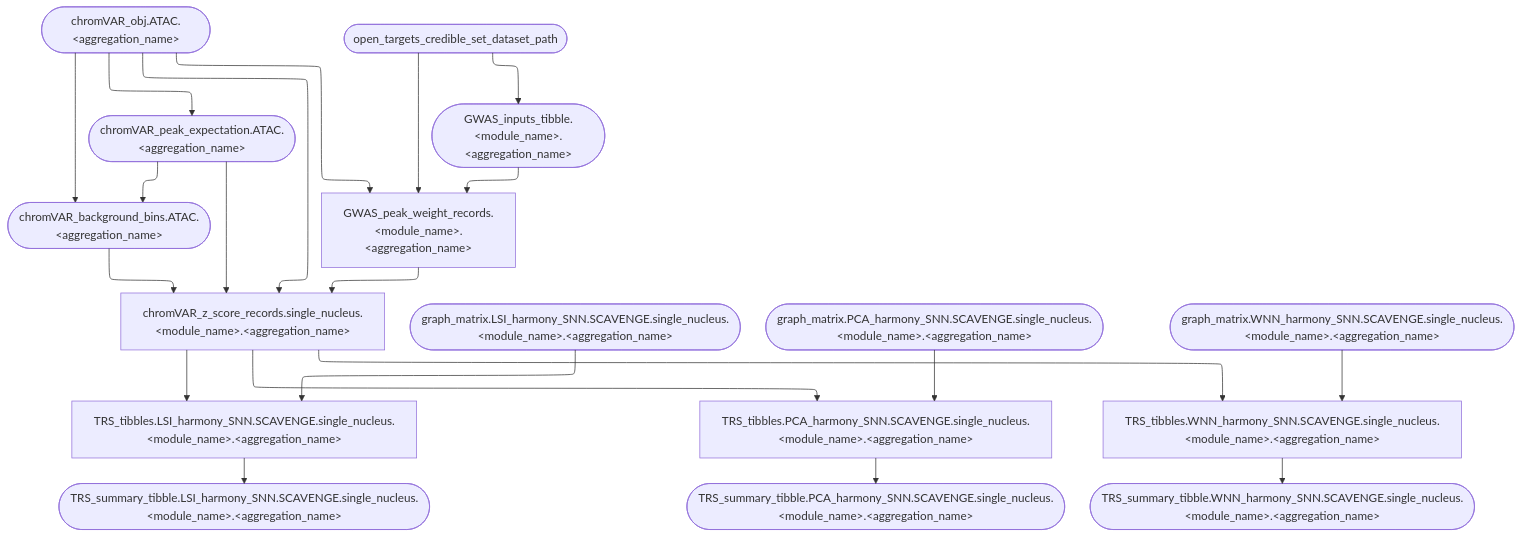
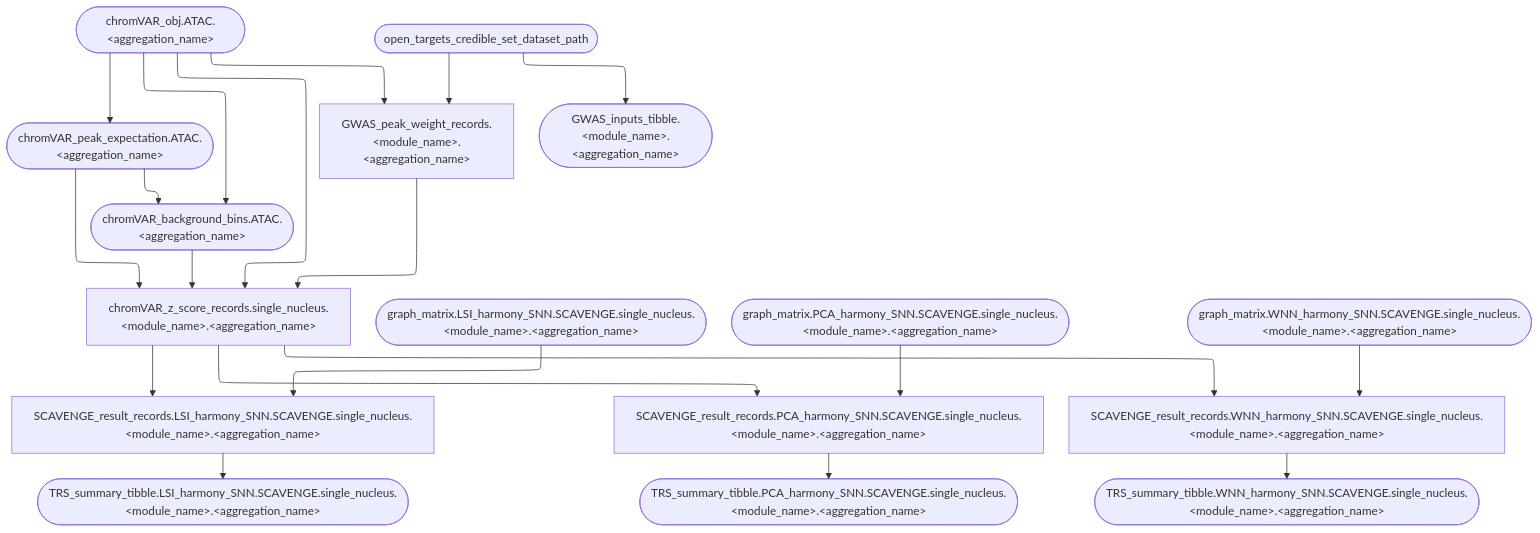
One commit to koefoeden/multiomeR changed the diagram in website/figures/human_curated/genetic_enrichment_single_nucleus_v2.mmd. Above: the diagram before and after it, drawn with Mermaid. The commit also changed 105 other files, not shown here.

```diff
--- a/website/figures/human_curated/genetic_enrichment_single_nucleus_v2.mmd
+++ b/website/figures/human_curated/genetic_enrichment_single_nucleus_v2.mmd
@@ -1,22 +1,21 @@
 %%{init: {'flowchart': {'defaultRenderer': 'elk'}}}%%
 flowchart TB
-  chromVAR_obj.ATAC.brain_mouse(["chromVAR_obj.ATAC.&lt;aggregation_name&gt;"]):::none --> chromVAR_background_bins.ATAC.brain_mouse(["chromVAR_background_bins.ATAC.&lt;aggregation_name&gt;"]):::none
-  chromVAR_peak_expectation.ATAC.brain_mouse(["chromVAR_peak_expectation.ATAC.&lt;aggregation_name&gt;"]):::none --> chromVAR_background_bins.ATAC.brain_mouse(["chromVAR_background_bins.ATAC.&lt;aggregation_name&gt;"]):::none
-  chromVAR_obj.ATAC.brain_mouse(["chromVAR_obj.ATAC.&lt;aggregation_name&gt;"]):::none --> chromVAR_peak_expectation.ATAC.brain_mouse(["chromVAR_peak_expectation.ATAC.&lt;aggregation_name&gt;"]):::none
+  chromVAR_peak_expectation.ATAC.immune_human_2x(["chromVAR_peak_expectation.ATAC.&lt;aggregation_name&gt;"]):::none --> chromVAR_background_bins.ATAC.immune_human_2x(["chromVAR_background_bins.ATAC.&lt;aggregation_name&gt;"]):::none
+  chromVAR_obj.ATAC.immune_human_2x(["chromVAR_obj.ATAC.&lt;aggregation_name&gt;"]):::none --> chromVAR_background_bins.ATAC.immune_human_2x(["chromVAR_background_bins.ATAC.&lt;aggregation_name&gt;"]):::none
+  chromVAR_obj.ATAC.immune_human_2x(["chromVAR_obj.ATAC.&lt;aggregation_name&gt;"]):::none --> chromVAR_peak_expectation.ATAC.immune_human_2x(["chromVAR_peak_expectation.ATAC.&lt;aggregation_name&gt;"]):::none
+  chromVAR_z_score_records.single_nucleus.genetic_enrichment.immune_human_2x["chromVAR_z_score_records.single_nucleus.&lt;module_name&gt;.&lt;aggregation_name&gt;"]:::none --> SCAVENGE_result_records.LSI_harmony_SNN.SCAVENGE.single_nucleus.genetic_enrichment.immune_human_2x["SCAVENGE_result_records.LSI_harmony_SNN.SCAVENGE.single_nucleus.&lt;module_name&gt;.&lt;aggregation_name&gt;"]:::none
+  graph_matrix.LSI_harmony_SNN.SCAVENGE.single_nucleus.genetic_enrichment.immune_human_2x(["graph_matrix.LSI_harmony_SNN.SCAVENGE.single_nucleus.&lt;module_name&gt;.&lt;aggregation_name&gt;"]):::none --> SCAVENGE_result_records.LSI_harmony_SNN.SCAVENGE.single_nucleus.genetic_enrichment.immune_human_2x["SCAVENGE_result_records.LSI_harmony_SNN.SCAVENGE.single_nucleus.&lt;module_name&gt;.&lt;aggregation_name&gt;"]:::none
+  graph_matrix.PCA_harmony_SNN.SCAVENGE.single_nucleus.genetic_enrichment.immune_human_2x(["graph_matrix.PCA_harmony_SNN.SCAVENGE.single_nucleus.&lt;module_name&gt;.&lt;aggregation_name&gt;"]):::none --> SCAVENGE_result_records.PCA_harmony_SNN.SCAVENGE.single_nucleus.genetic_enrichment.immune_human_2x["SCAVENGE_result_records.PCA_harmony_SNN.SCAVENGE.single_nucleus.&lt;module_name&gt;.&lt;aggregation_name&gt;"]:::none
+  chromVAR_z_score_records.single_nucleus.genetic_enrichment.immune_human_2x["chromVAR_z_score_records.single_nucleus.&lt;module_name&gt;.&lt;aggregation_name&gt;"]:::none --> SCAVENGE_result_records.PCA_harmony_SNN.SCAVENGE.single_nucleus.genetic_enrichment.immune_human_2x["SCAVENGE_result_records.PCA_harmony_SNN.SCAVENGE.single_nucleus.&lt;module_name&gt;.&lt;aggregation_name&gt;"]:::none
+  chromVAR_z_score_records.single_nucleus.genetic_enrichment.immune_human_2x["chromVAR_z_score_records.single_nucleus.&lt;module_name&gt;.&lt;aggregation_name&gt;"]:::none --> SCAVENGE_result_records.WNN_harmony_SNN.SCAVENGE.single_nucleus.genetic_enrichment.immune_human_2x["SCAVENGE_result_records.WNN_harmony_SNN.SCAVENGE.single_nucleus.&lt;module_name&gt;.&lt;aggregation_name&gt;"]:::none
+  graph_matrix.WNN_harmony_SNN.SCAVENGE.single_nucleus.genetic_enrichment.immune_human_2x(["graph_matrix.WNN_harmony_SNN.SCAVENGE.single_nucleus.&lt;module_name&gt;.&lt;aggregation_name&gt;"]):::none --> SCAVENGE_result_records.WNN_harmony_SNN.SCAVENGE.single_nucleus.genetic_enrichment.immune_human_2x["SCAVENGE_result_records.WNN_harmony_SNN.SCAVENGE.single_nucleus.&lt;module_name&gt;.&lt;aggregation_name&gt;"]:::none
+  chromVAR_obj.ATAC.immune_human_2x(["chromVAR_obj.ATAC.&lt;aggregation_name&gt;"]):::none --> chromVAR_z_score_records.single_nucleus.genetic_enrichment.immune_human_2x["chromVAR_z_score_records.single_nucleus.&lt;module_name&gt;.&lt;aggregation_name&gt;"]:::none
+  chromVAR_background_bins.ATAC.immune_human_2x(["chromVAR_background_bins.ATAC.&lt;aggregation_name&gt;"]):::none --> chromVAR_z_score_records.single_nucleus.genetic_enrichment.immune_human_2x["chromVAR_z_score_records.single_nucleus.&lt;module_name&gt;.&lt;aggregation_name&gt;"]:::none
+  chromVAR_peak_expectation.ATAC.immune_human_2x(["chromVAR_peak_expectation.ATAC.&lt;aggregation_name&gt;"]):::none --> chromVAR_z_score_records.single_nucleus.genetic_enrichment.immune_human_2x["chromVAR_z_score_records.single_nucleus.&lt;module_name&gt;.&lt;aggregation_name&gt;"]:::none
+  GWAS_peak_weight_records.genetic_enrichment.immune_human_2x["GWAS_peak_weight_records.&lt;module_name&gt;.&lt;aggregation_name&gt;"]:::none --> chromVAR_z_score_records.single_nucleus.genetic_enrichment.immune_human_2x["chromVAR_z_score_records.single_nucleus.&lt;module_name&gt;.&lt;aggregation_name&gt;"]:::none
+  chromVAR_obj.ATAC.immune_human_2x(["chromVAR_obj.ATAC.&lt;aggregation_name&gt;"]):::none --> GWAS_peak_weight_records.genetic_enrichment.immune_human_2x["GWAS_peak_weight_records.&lt;module_name&gt;.&lt;aggregation_name&gt;"]:::none
   open_targets_credible_set_dataset_path(["open_targets_credible_set_dataset_path"]):::none --> GWAS_inputs_tibble.genetic_enrichment.immune_human_2x(["GWAS_inputs_tibble.&lt;module_name&gt;.&lt;aggregation_name&gt;"]):::none
-  chromVAR_z_score_records.single_nucleus.genetic_enrichment.immune_human_2x["chromVAR_z_score_records.single_nucleus.&lt;module_name&gt;.&lt;aggregation_name&gt;"]:::none --> TRS_tibbles.LSI_harmony_SNN.SCAVENGE.single_nucleus.genetic_enrichment.immune_human_2x["TRS_tibbles.LSI_harmony_SNN.SCAVENGE.single_nucleus.&lt;module_name&gt;.&lt;aggregation_name&gt;"]:::none
-  graph_matrix.LSI_harmony_SNN.SCAVENGE.single_nucleus.genetic_enrichment.immune_human_2x(["graph_matrix.LSI_harmony_SNN.SCAVENGE.single_nucleus.&lt;module_name&gt;.&lt;aggregation_name&gt;"]):::none --> TRS_tibbles.LSI_harmony_SNN.SCAVENGE.single_nucleus.genetic_enrichment.immune_human_2x["TRS_tibbles.LSI_harmony_SNN.SCAVENGE.single_nucleus.&lt;module_name&gt;.&lt;aggregation_name&gt;"]:::none
-  chromVAR_z_score_records.single_nucleus.genetic_enrichment.immune_human_2x["chromVAR_z_score_records.single_nucleus.&lt;module_name&gt;.&lt;aggregation_name&gt;"]:::none --> TRS_tibbles.PCA_harmony_SNN.SCAVENGE.single_nucleus.genetic_enrichment.immune_human_2x["TRS_tibbles.PCA_harmony_SNN.SCAVENGE.single_nucleus.&lt;module_name&gt;.&lt;aggregation_name&gt;"]:::none
-  graph_matrix.PCA_harmony_SNN.SCAVENGE.single_nucleus.genetic_enrichment.immune_human_2x(["graph_matrix.PCA_harmony_SNN.SCAVENGE.single_nucleus.&lt;module_name&gt;.&lt;aggregation_name&gt;"]):::none --> TRS_tibbles.PCA_harmony_SNN.SCAVENGE.single_nucleus.genetic_enrichment.immune_human_2x["TRS_tibbles.PCA_harmony_SNN.SCAVENGE.single_nucleus.&lt;module_name&gt;.&lt;aggregation_name&gt;"]:::none
-  chromVAR_z_score_records.single_nucleus.genetic_enrichment.immune_human_2x["chromVAR_z_score_records.single_nucleus.&lt;module_name&gt;.&lt;aggregation_name&gt;"]:::none --> TRS_tibbles.WNN_harmony_SNN.SCAVENGE.single_nucleus.genetic_enrichment.immune_human_2x["TRS_tibbles.WNN_harmony_SNN.SCAVENGE.single_nucleus.&lt;module_name&gt;.&lt;aggregation_name&gt;"]:::none
-  graph_matrix.WNN_harmony_SNN.SCAVENGE.single_nucleus.genetic_enrichment.immune_human_2x(["graph_matrix.WNN_harmony_SNN.SCAVENGE.single_nucleus.&lt;module_name&gt;.&lt;aggregation_name&gt;"]):::none --> TRS_tibbles.WNN_harmony_SNN.SCAVENGE.single_nucleus.genetic_enrichment.immune_human_2x["TRS_tibbles.WNN_harmony_SNN.SCAVENGE.single_nucleus.&lt;module_name&gt;.&lt;aggregation_name&gt;"]:::none
-  chromVAR_obj.ATAC.brain_mouse(["chromVAR_obj.ATAC.&lt;aggregation_name&gt;"]):::none --> chromVAR_z_score_records.single_nucleus.genetic_enrichment.immune_human_2x["chromVAR_z_score_records.single_nucleus.&lt;module_name&gt;.&lt;aggregation_name&gt;"]:::none
-  chromVAR_peak_expectation.ATAC.brain_mouse(["chromVAR_peak_expectation.ATAC.&lt;aggregation_name&gt;"]):::none --> chromVAR_z_score_records.single_nucleus.genetic_enrichment.immune_human_2x["chromVAR_z_score_records.single_nucleus.&lt;module_name&gt;.&lt;aggregation_name&gt;"]:::none
-  chromVAR_background_bins.ATAC.brain_mouse(["chromVAR_background_bins.ATAC.&lt;aggregation_name&gt;"]):::none --> chromVAR_z_score_records.single_nucleus.genetic_enrichment.immune_human_2x["chromVAR_z_score_records.single_nucleus.&lt;module_name&gt;.&lt;aggregation_name&gt;"]:::none
-  GWAS_peak_weight_records.genetic_enrichment.immune_human_2x["GWAS_peak_weight_records.&lt;module_name&gt;.&lt;aggregation_name&gt;"]:::none --> chromVAR_z_score_records.single_nucleus.genetic_enrichment.immune_human_2x["chromVAR_z_score_records.single_nucleus.&lt;module_name&gt;.&lt;aggregation_name&gt;"]:::none
-  chromVAR_obj.ATAC.brain_mouse(["chromVAR_obj.ATAC.&lt;aggregation_name&gt;"]):::none --> GWAS_peak_weight_records.genetic_enrichment.immune_human_2x["GWAS_peak_weight_records.&lt;module_name&gt;.&lt;aggregation_name&gt;"]:::none
-  GWAS_inputs_tibble.genetic_enrichment.immune_human_2x(["GWAS_inputs_tibble.&lt;module_name&gt;.&lt;aggregation_name&gt;"]):::none --> GWAS_peak_weight_records.genetic_enrichment.immune_human_2x["GWAS_peak_weight_records.&lt;module_name&gt;.&lt;aggregation_name&gt;"]:::none
   open_targets_credible_set_dataset_path(["open_targets_credible_set_dataset_path"]):::none --> GWAS_peak_weight_records.genetic_enrichment.immune_human_2x["GWAS_peak_weight_records.&lt;module_name&gt;.&lt;aggregation_name&gt;"]:::none
-  TRS_tibbles.LSI_harmony_SNN.SCAVENGE.single_nucleus.genetic_enrichment.immune_human_2x["TRS_tibbles.LSI_harmony_SNN.SCAVENGE.single_nucleus.&lt;module_name&gt;.&lt;aggregation_name&gt;"]:::none --> TRS_summary_tibble.LSI_harmony_SNN.SCAVENGE.single_nucleus.genetic_enrichment.immune_human_2x(["TRS_summary_tibble.LSI_harmony_SNN.SCAVENGE.single_nucleus.&lt;module_name&gt;.&lt;aggregation_name&gt;"]):::none
-  TRS_tibbles.PCA_harmony_SNN.SCAVENGE.single_nucleus.genetic_enrichment.immune_human_2x["TRS_tibbles.PCA_harmony_SNN.SCAVENGE.single_nucleus.&lt;module_name&gt;.&lt;aggregation_name&gt;"]:::none --> TRS_summary_tibble.PCA_harmony_SNN.SCAVENGE.single_nucleus.genetic_enrichment.immune_human_2x(["TRS_summary_tibble.PCA_harmony_SNN.SCAVENGE.single_nucleus.&lt;module_name&gt;.&lt;aggregation_name&gt;"]):::none
-  TRS_tibbles.WNN_harmony_SNN.SCAVENGE.single_nucleus.genetic_enrichment.immune_human_2x["TRS_tibbles.WNN_harmony_SNN.SCAVENGE.single_nucleus.&lt;module_name&gt;.&lt;aggregation_name&gt;"]:::none --> TRS_summary_tibble.WNN_harmony_SNN.SCAVENGE.single_nucleus.genetic_enrichment.immune_human_2x(["TRS_summary_tibble.WNN_harmony_SNN.SCAVENGE.single_nucleus.&lt;module_name&gt;.&lt;aggregation_name&gt;"]):::none
+  SCAVENGE_result_records.LSI_harmony_SNN.SCAVENGE.single_nucleus.genetic_enrichment.immune_human_2x["SCAVENGE_result_records.LSI_harmony_SNN.SCAVENGE.single_nucleus.&lt;module_name&gt;.&lt;aggregation_name&gt;"]:::none --> TRS_summary_tibble.LSI_harmony_SNN.SCAVENGE.single_nucleus.genetic_enrichment.immune_human_2x(["TRS_summary_tibble.LSI_harmony_SNN.SCAVENGE.single_nucleus.&lt;module_name&gt;.&lt;aggregation_name&gt;"]):::none
+  SCAVENGE_result_records.PCA_harmony_SNN.SCAVENGE.single_nucleus.genetic_enrichment.immune_human_2x["SCAVENGE_result_records.PCA_harmony_SNN.SCAVENGE.single_nucleus.&lt;module_name&gt;.&lt;aggregation_name&gt;"]:::none --> TRS_summary_tibble.PCA_harmony_SNN.SCAVENGE.single_nucleus.genetic_enrichment.immune_human_2x(["TRS_summary_tibble.PCA_harmony_SNN.SCAVENGE.single_nucleus.&lt;module_name&gt;.&lt;aggregation_name&gt;"]):::none
+  SCAVENGE_result_records.WNN_harmony_SNN.SCAVENGE.single_nucleus.genetic_enrichment.immune_human_2x["SCAVENGE_result_records.WNN_harmony_SNN.SCAVENGE.single_nucleus.&lt;module_name&gt;.&lt;aggregation_name&gt;"]:::none --> TRS_summary_tibble.WNN_harmony_SNN.SCAVENGE.single_nucleus.genetic_enrichment.immune_human_2x(["TRS_summary_tibble.WNN_harmony_SNN.SCAVENGE.single_nucleus.&lt;module_name&gt;.&lt;aggregation_name&gt;"]):::none
```
